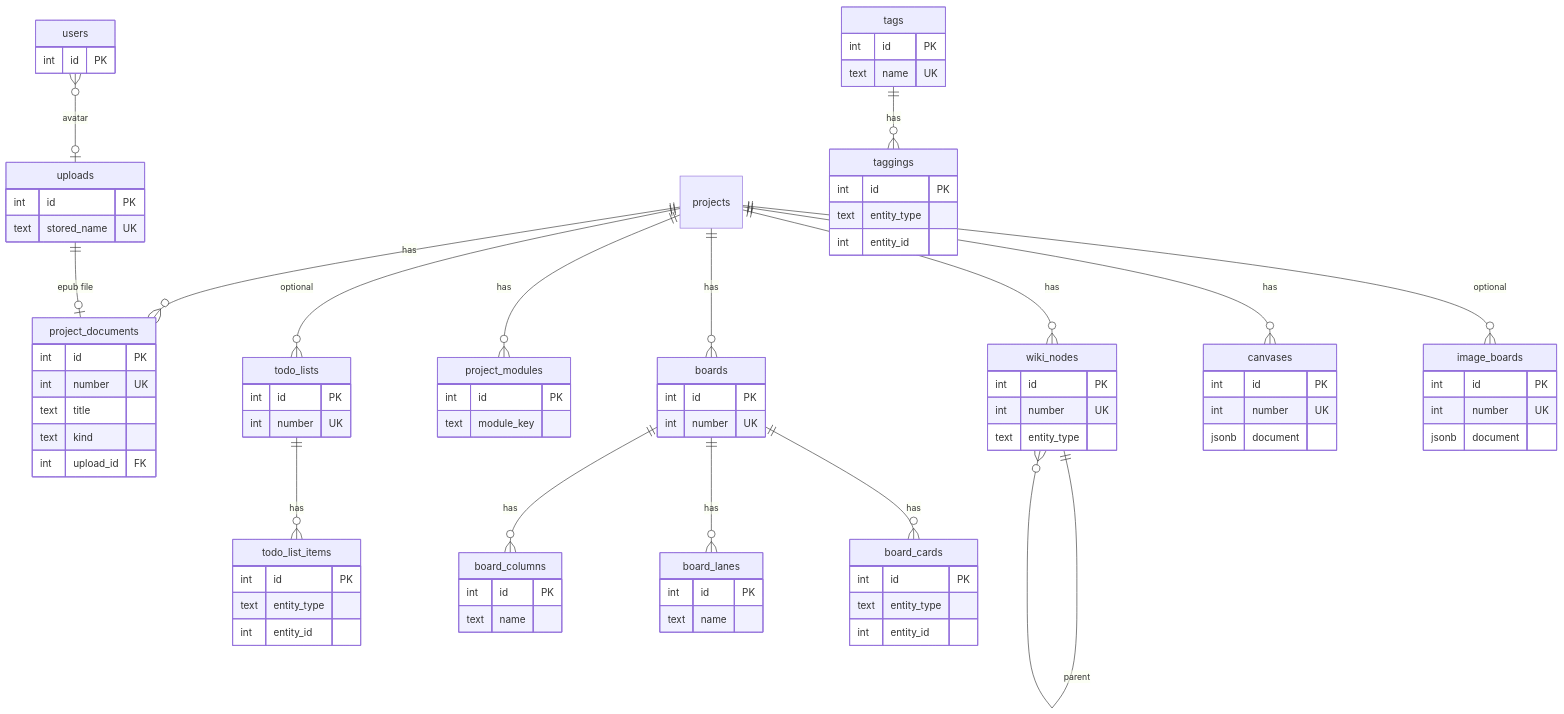
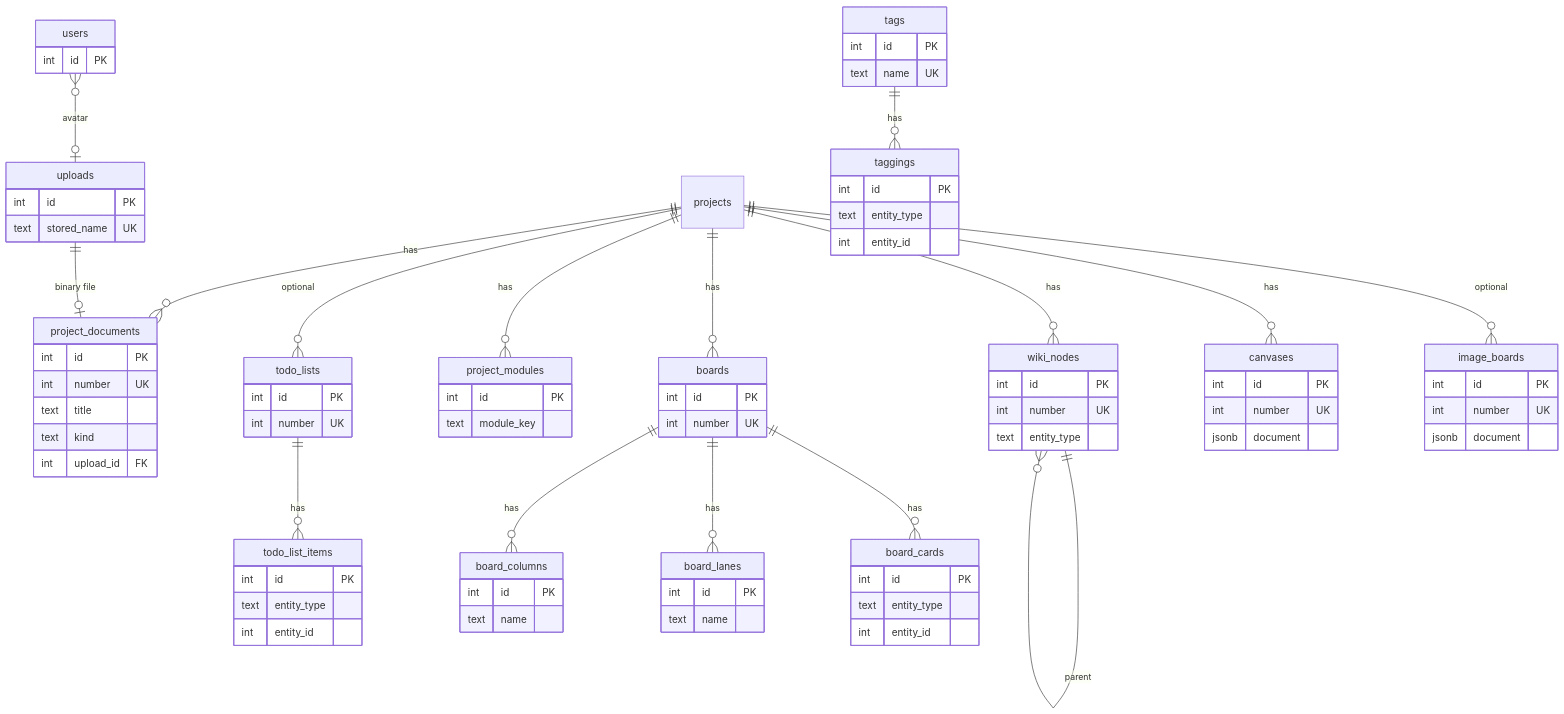
One commit to blackrook-io/taskmesh changed the diagram in docs/database/content-and-modules.md. Above: the diagram before and after it, drawn with Mermaid. The commit also changed other lines of this file and 25 other files, not shown here.

```diff
--- a/docs/database/content-and-modules.md
+++ b/docs/database/content-and-modules.md
@@ -16,7 +16,7 @@
   projects ||--o{ canvases : has
   projects ||--o{ image_boards : "optional"
   users }o--o| uploads : avatar
-  uploads ||--o| project_documents : "epub file"
+  uploads ||--o| project_documents : "binary file"
   tags ||--o{ taggings : has
   todo_lists ||--o{ todo_list_items : has
   boards ||--o{ board_columns : has
```
